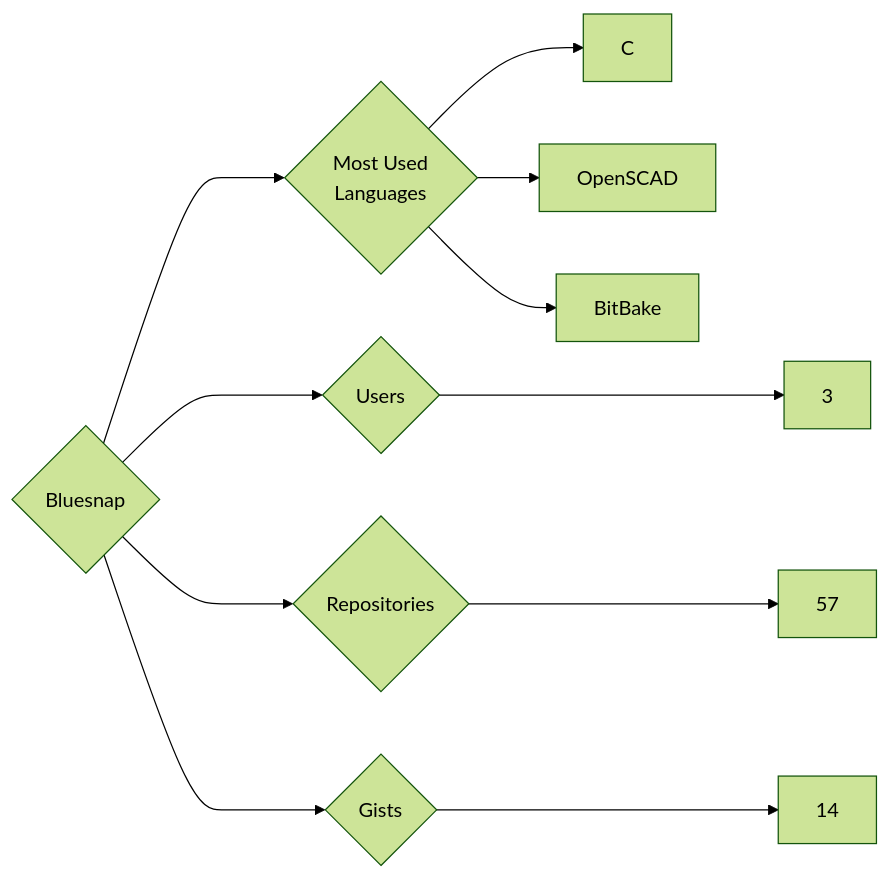
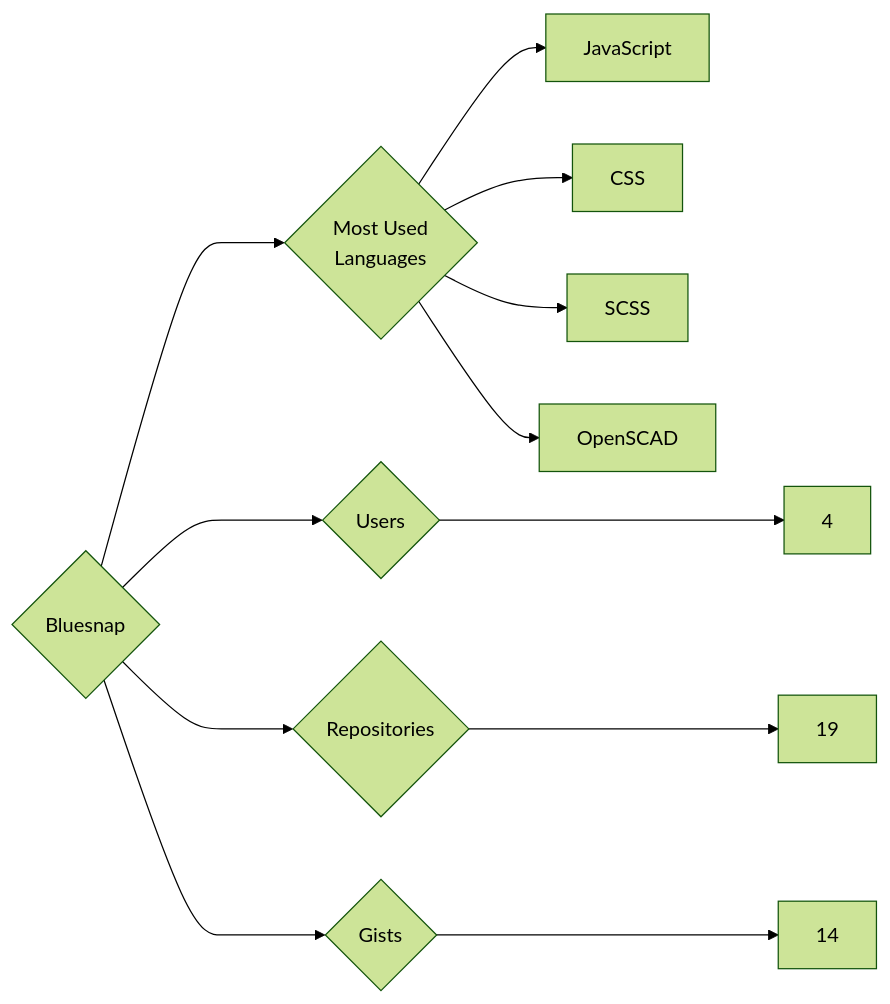
One commit to trickest/insiders changed the diagram in targets/Bluesnap/README.md. Above: the diagram before and after it, drawn with Mermaid (forest theme). The commit also changed 688 other files, not shown here.

````diff
--- a/targets/Bluesnap/README.md
+++ b/targets/Bluesnap/README.md
@@ -3,11 +3,12 @@
 ```mermaid
 graph LR
 COMPANY_NAME{Bluesnap}
-COMPANY_NAME ---> U{Users} ---> UN[3]
-COMPANY_NAME ---> R{Repositories} ---> RN[57]
+COMPANY_NAME ---> U{Users} ---> UN[4]
+COMPANY_NAME ---> R{Repositories} ---> RN[19]
 COMPANY_NAME ---> G{Gists} ---> GN[14]
 COMPANY_NAME ---> ML{Most Used<br>Languages}
-ML --> C[C]
+ML --> JavaScript[JavaScript]
+ML --> CSS[CSS]
+ML --> SCSS[SCSS]
 ML --> OpenSCAD[OpenSCAD]
-ML --> BitBake[BitBake]
 ```
````
